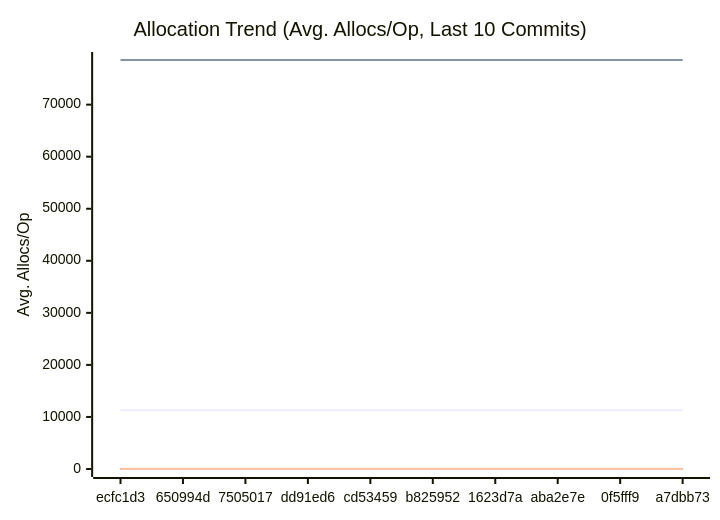
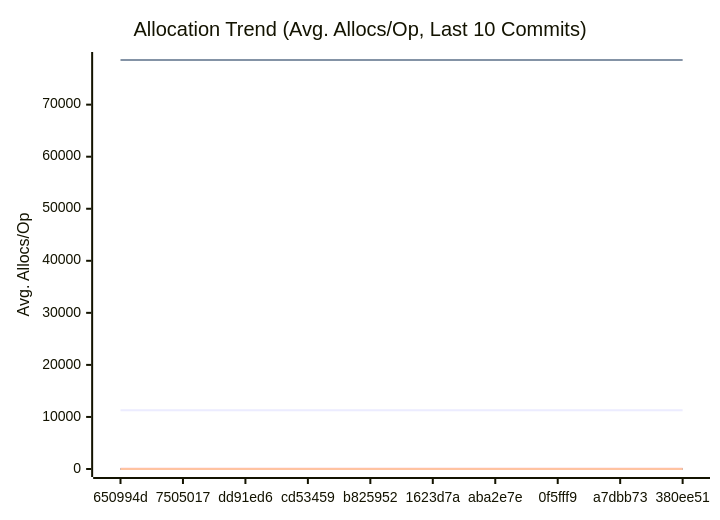
One commit to alsotoes/momo changed the third of 3 diagrams in docs/PERFORMANCE.md. Above: the diagram before and after it, drawn with Mermaid. The commit also changed other lines of this file and 11 other files, not shown here.

````diff
--- a/docs/PERFORMANCE.md
+++ b/docs/PERFORMANCE.md
@@ -197,20 +197,20 @@
 ```mermaid
 xychart-beta
     title "Allocation Trend (Avg. Allocs/Op, Last 10 Commits)"
     x-axis "Commit"
     y-axis "Avg. Allocs/Op"
-    x-axis [ecfc1d3,650994d,7505017,dd91ed6,cd53459,b825952,1623d7a,aba2e7e,0f5fff9,a7dbb73]
-    line "AWSChunkedReaderSigned" [11273,11274,11278,11271,11265,11282,11278,11284,11272,11270]
-    line "AWSChunkedReaderUnsigned" [78563,78571,78563,78564,78564,78577,78562,78561,78569,78563]
+    x-axis [650994d,7505017,dd91ed6,cd53459,b825952,1623d7a,aba2e7e,0f5fff9,a7dbb73,380ee51]
+    line "AWSChunkedReaderSigned" [11274,11278,11271,11265,11282,11278,11284,11272,11270,11273]
+    line "AWSChunkedReaderUnsigned" [78571,78563,78564,78564,78577,78562,78561,78569,78563,78558]
     line "CheckMetricsAndSwap" [0,0,0,0,0,0,0,0,0,0]
     line "CrushOptimized" [0,0,0,0,0,0,0,0,0,0]
     line "CrushOriginal" [3,3,3,3,3,3,3,3,3,3]
     line "IndexDirectTracking" [0,0,0,0,0,0,0,0,0,0]
     line "IndexSearch" [0,0,0,0,0,0,0,0,0,0]
     line "LoadGlobalConfig" [54,54,54,54,54,54,54,54,54,54]
     line "PadString" [1,1,1,1,1,1,1,1,1,1]
     line "ParseReplicationOrder_NoPrealloc" [6,6,6,6,6,5,5,5,5,5]
     line "ParseReplicationOrder_Prealloc" [2,2,2,2,2,1,1,1,1,1]
     line "SanitizeLog/Safe" [0,0,0,0,0,0,0,0,0,0]
     line "SanitizeLog/Unsafe" [1,1,1,1,1,1,1,1,1,1]
 ```
````
